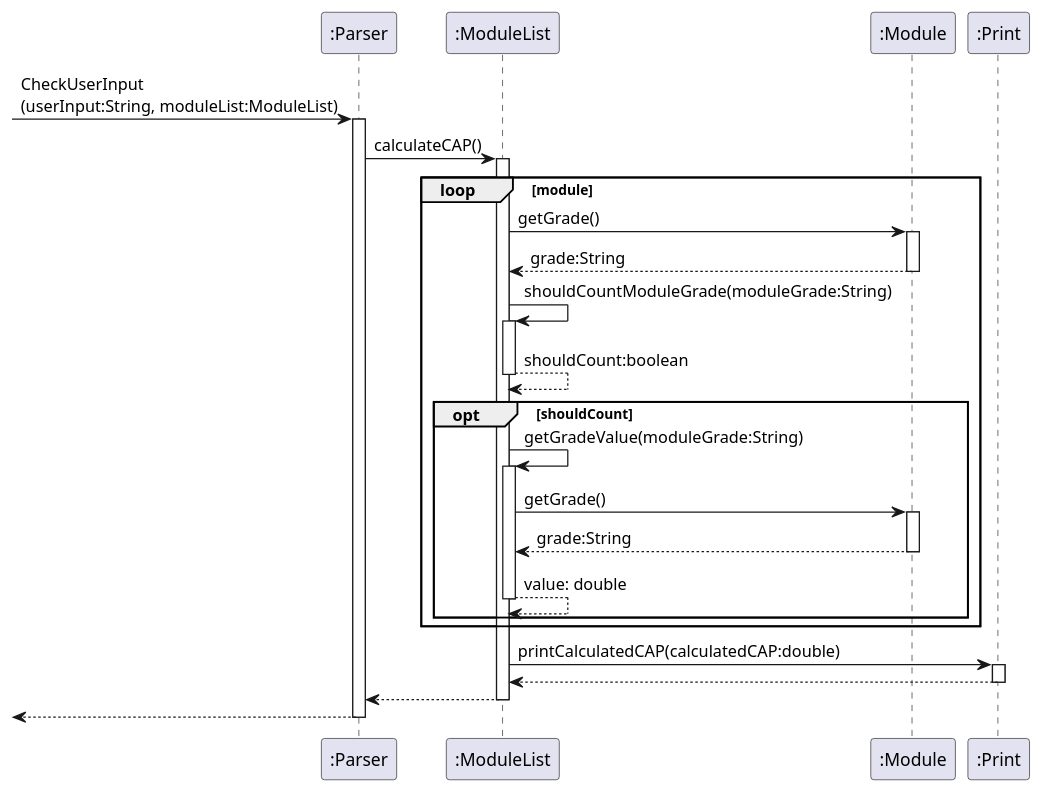
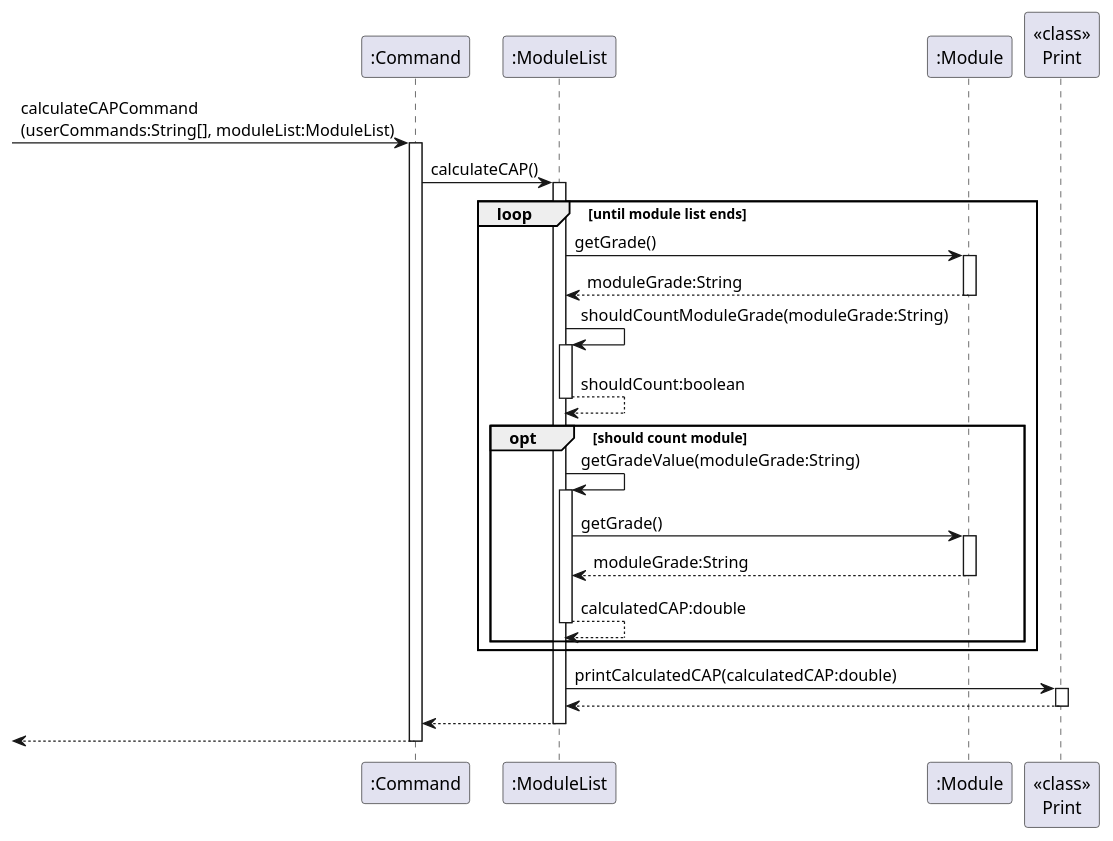
The diagram in docs/diagrams/CalculateCAP.puml (saintzaw/tp), drawn with PlantUML before and after one commit.

Commit message:
update calculate cap command puml

```diff
--- a/docs/diagrams/CalculateCAP.puml
+++ b/docs/diagrams/CalculateCAP.puml
@@ -1,41 +1,42 @@
 @startuml
 
-participant ":Parser" as Parser
+participant ":Command" as Command
 participant ":ModuleList" as ML
 participant ":Module" as Mod
-participant ":Print" as Print
-[->Parser : CheckUserInput\n(userInput:String, moduleList:ModuleList)
-activate Parser
-Parser->ML : calculateCAP()
+participant "<<class>>\nPrint" as Print
+[->Command : calculateCAPCommand\n(userCommands:String[], moduleList:ModuleList)
+activate Command
+Command->ML : calculateCAP()
+
 activate ML
-loop module
+loop until module list ends
     ML -> Mod : getGrade()
     activate Mod
-    Mod --> ML : grade:String
+    Mod --> ML : moduleGrade:String
     deactivate Mod
     ML -> ML : shouldCountModuleGrade(moduleGrade:String)
     activate ML
-    ML-->ML : shouldCount:boolean
+    ML --> ML : shouldCount:boolean
     deactivate ML
-    opt shouldCount
+    opt should count module
         ML -> ML : getGradeValue(moduleGrade:String)
         activate ML
         ML -> Mod : getGrade()
         activate Mod
-        Mod --> ML : grade:String
+        Mod --> ML : moduleGrade:String
         deactivate Mod
-        ML --> ML : value: double
+        ML --> ML : calculatedCAP:double
         deactivate ML
-
     end
 end
     ML -> Print : printCalculatedCAP(calculatedCAP:double)
     activate Print
     Print --> ML
     deactivate Print
-ML --> Parser
+
+ML --> Command
 deactivate ML
-Parser-->[
-deactivate Parser
+Command-->[
+deactivate Command
 
 @enduml
```
